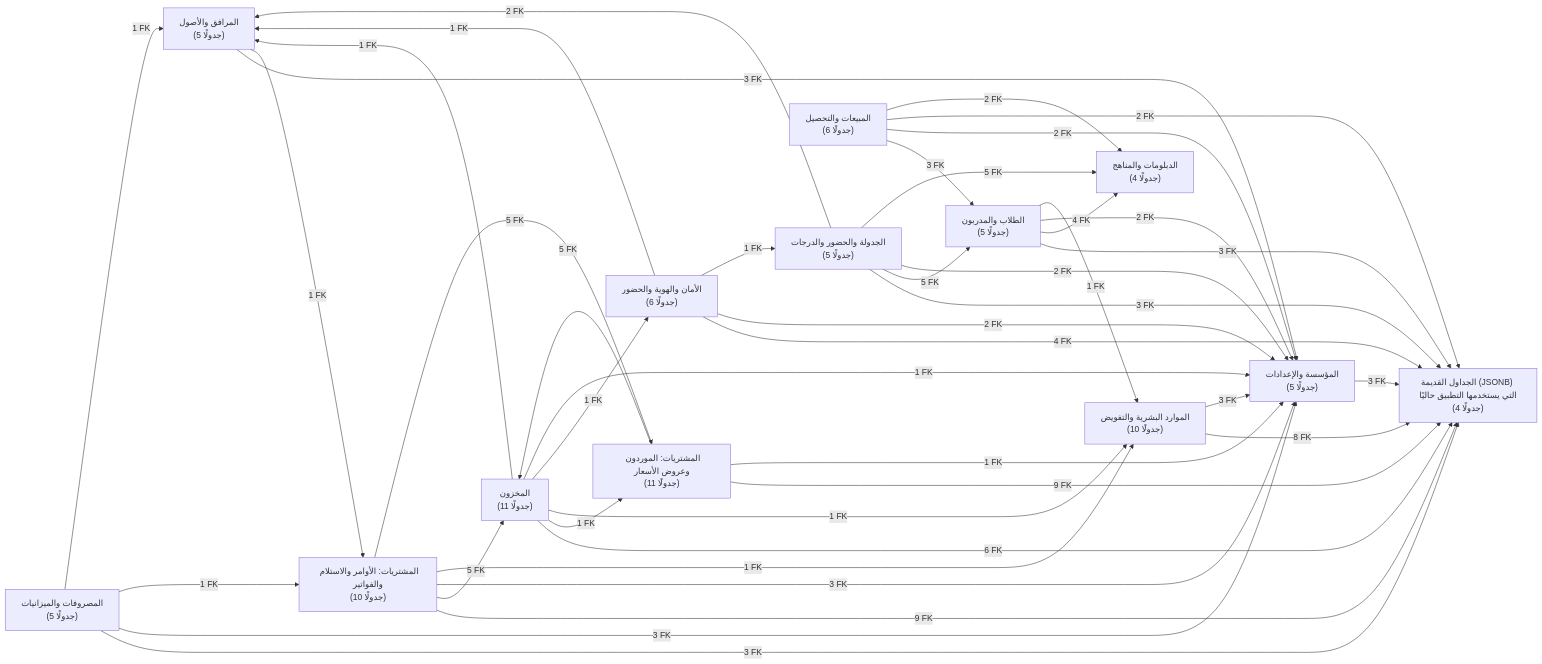
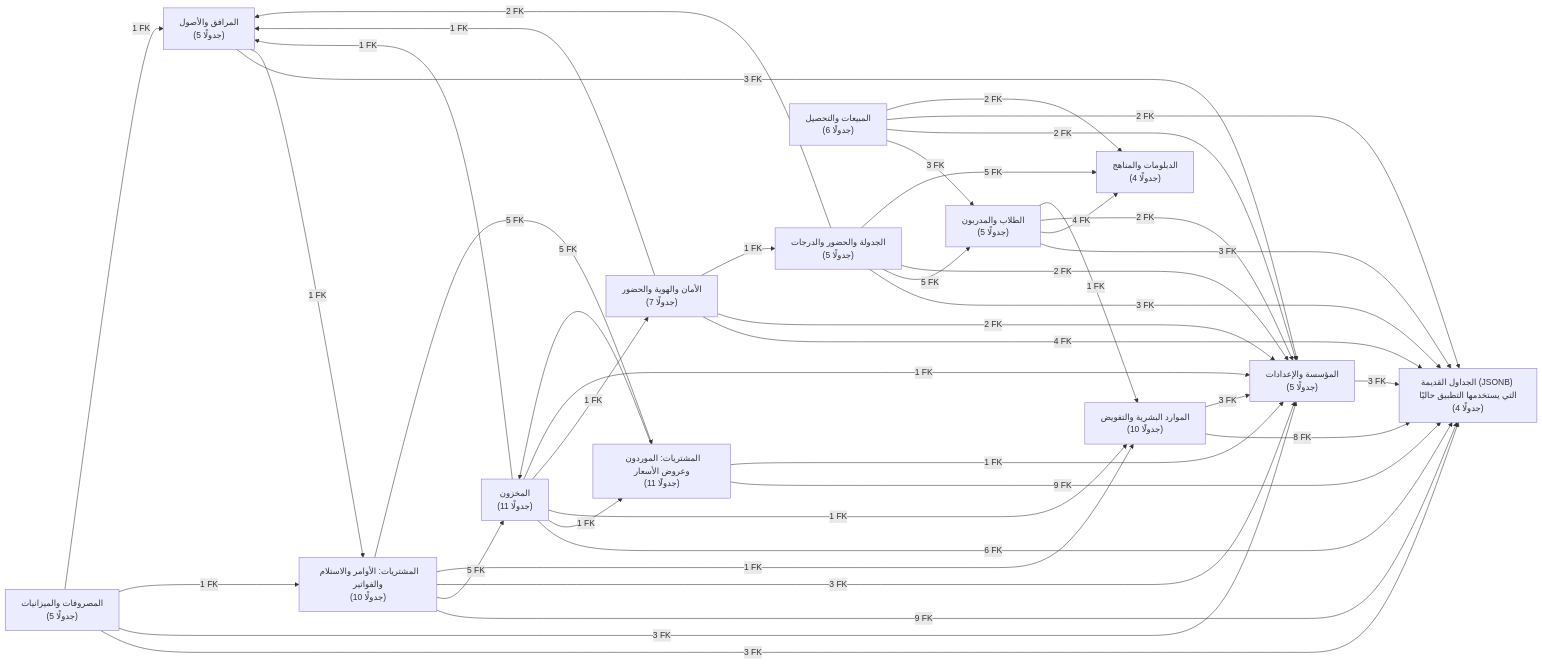
The diagram in docs/database/er/overview.mmd (msafr5-web/saad-albaqmi), drawn with Mermaid before and after one commit. The commit also changed 21 other files, not shown here.

```diff
--- a/docs/database/er/overview.mmd
+++ b/docs/database/er/overview.mmd
@@ -1,54 +1,54 @@
 flowchart LR
   org["المؤسسة والإعدادات<br/>(5 جدولًا)"]
   hr["الموارد البشرية والتفويض<br/>(10 جدولًا)"]
   facilities["المرافق والأصول<br/>(5 جدولًا)"]
   curriculum["الدبلومات والمناهج<br/>(4 جدولًا)"]
   people["الطلاب والمدربون<br/>(5 جدولًا)"]
   timetable["الجدولة والحضور والدرجات<br/>(5 جدولًا)"]
   sales["المبيعات والتحصيل<br/>(6 جدولًا)"]
   expenses["المصروفات والميزانيات<br/>(5 جدولًا)"]
   inventory["المخزون<br/>(11 جدولًا)"]
   sourcing["المشتريات: الموردون وعروض الأسعار<br/>(11 جدولًا)"]
   orders["المشتريات: الأوامر والاستلام والفواتير<br/>(10 جدولًا)"]
-  security["الأمان والهوية والحضور<br/>(6 جدولًا)"]
+  security["الأمان والهوية والحضور<br/>(7 جدولًا)"]
   legacy["الجداول القديمة (JSONB) التي يستخدمها التطبيق حاليًا<br/>(4 جدولًا)"]
   hr -- "8 FK" --> legacy
   facilities -- "3 FK" --> org
   facilities -- "1 FK" --> orders
   timetable -- "3 FK" --> legacy
   timetable -- "5 FK" --> people
   security -- "4 FK" --> legacy
   security -- "2 FK" --> org
   expenses -- "3 FK" --> legacy
   expenses -- "3 FK" --> org
   timetable -- "2 FK" --> org
   timetable -- "5 FK" --> curriculum
   timetable -- "2 FK" --> facilities
   hr -- "3 FK" --> org
   orders -- "9 FK" --> legacy
   org -- "3 FK" --> legacy
   expenses -- "1 FK" --> orders
   orders -- "5 FK" --> inventory
   sales -- "3 FK" --> people
   people -- "3 FK" --> legacy
   people -- "4 FK" --> curriculum
   people -- "2 FK" --> org
   people -- "1 FK" --> hr
   inventory -- "6 FK" --> legacy
   sales -- "2 FK" --> org
   sales -- "2 FK" --> legacy
   security -- "1 FK" --> facilities
   security -- "1 FK" --> timetable
   sourcing -- "9 FK" --> legacy
   orders -- "3 FK" --> org
   orders -- "1 FK" --> hr
   orders -- "5 FK" --> sourcing
   sourcing -- "5 FK" --> inventory
   sourcing -- "1 FK" --> org
   inventory -- "1 FK" --> sourcing
   sales -- "2 FK" --> curriculum
   inventory -- "1 FK" --> hr
   inventory -- "1 FK" --> facilities
   inventory -- "1 FK" --> security
   expenses -- "1 FK" --> facilities
   inventory -- "1 FK" --> org
```
